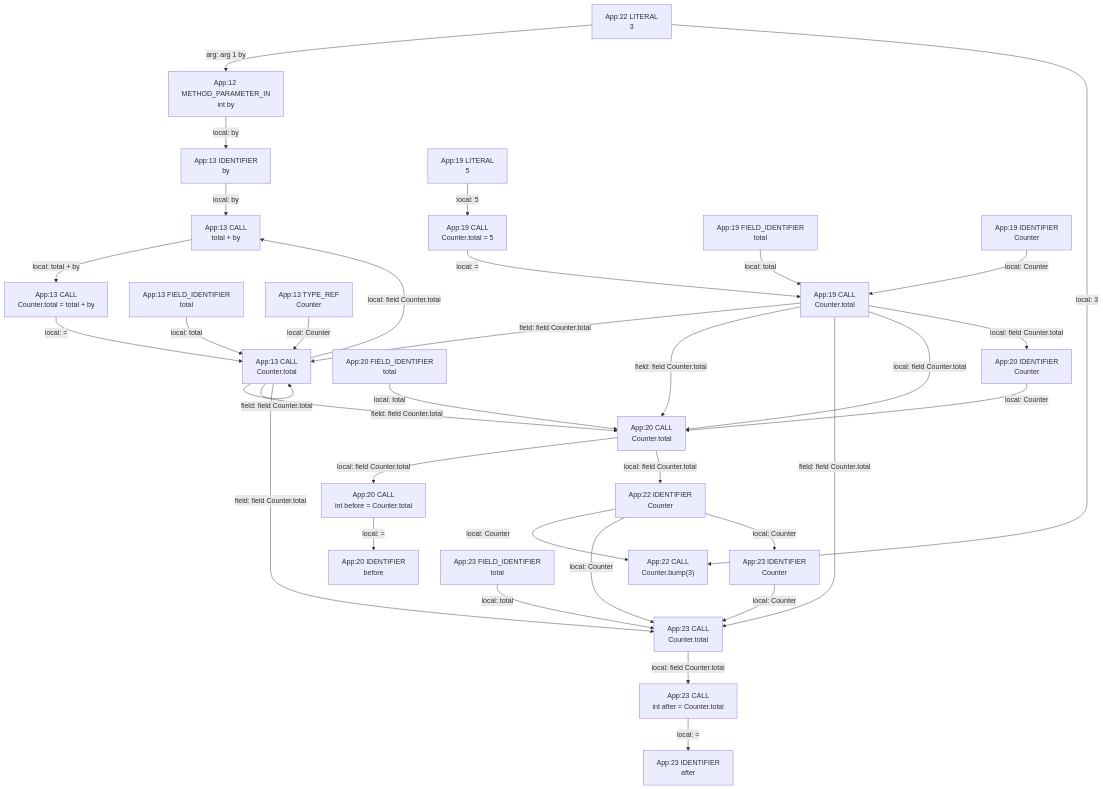
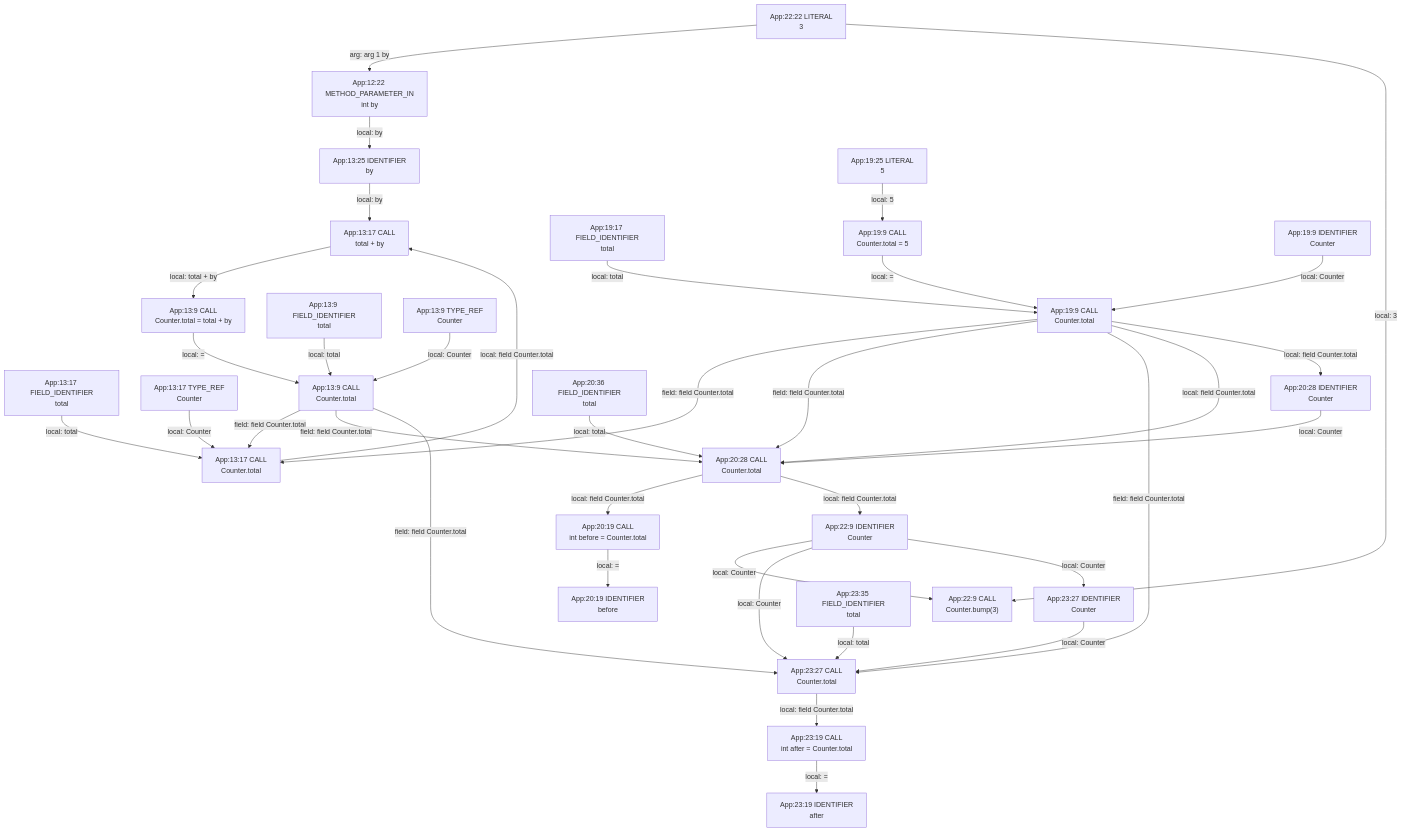
The diagram in app/src/test/resources/staticField/spike-truth.md (gstiebler/codeflow), drawn with Mermaid before and after one commit. The commit also changed 154 other files, not shown here.

````diff
--- a/app/src/test/resources/staticField/spike-truth.md
+++ b/app/src/test/resources/staticField/spike-truth.md
@@ -3,61 +3,66 @@
 ```mermaid
 flowchart TD
-  n0["App:12 METHOD_PARAMETER_IN<br/>int by"]
-  n1["App:13 CALL<br/>Counter.total"]
-  n2["App:13 CALL<br/>Counter.total = total + by"]
-  n3["App:13 CALL<br/>total + by"]
-  n4["App:13 FIELD_IDENTIFIER<br/>total"]
-  n5["App:13 IDENTIFIER<br/>by"]
-  n6["App:13 TYPE_REF<br/>Counter"]
-  n7["App:19 CALL<br/>Counter.total"]
-  n8["App:19 CALL<br/>Counter.total = 5"]
-  n9["App:19 FIELD_IDENTIFIER<br/>total"]
-  n10["App:19 IDENTIFIER<br/>Counter"]
-  n11["App:19 LITERAL<br/>5"]
-  n12["App:20 CALL<br/>Counter.total"]
-  n13["App:20 CALL<br/>int before = Counter.total"]
-  n14["App:20 FIELD_IDENTIFIER<br/>total"]
-  n15["App:20 IDENTIFIER<br/>Counter"]
-  n16["App:20 IDENTIFIER<br/>before"]
-  n17["App:22 CALL<br/>Counter.bump(3)"]
-  n18["App:22 IDENTIFIER<br/>Counter"]
-  n19["App:22 LITERAL<br/>3"]
-  n20["App:23 CALL<br/>Counter.total"]
-  n21["App:23 CALL<br/>int after = Counter.total"]
-  n22["App:23 FIELD_IDENTIFIER<br/>total"]
-  n23["App:23 IDENTIFIER<br/>Counter"]
-  n24["App:23 IDENTIFIER<br/>after"]
+  n0["App:12:22 METHOD_PARAMETER_IN<br/>int by"]
+  n1["App:13:17 CALL<br/>Counter.total"]
+  n2["App:13:17 CALL<br/>total + by"]
+  n3["App:13:17 FIELD_IDENTIFIER<br/>total"]
+  n4["App:13:17 TYPE_REF<br/>Counter"]
+  n5["App:13:25 IDENTIFIER<br/>by"]
+  n6["App:13:9 CALL<br/>Counter.total"]
+  n7["App:13:9 CALL<br/>Counter.total = total + by"]
+  n8["App:13:9 FIELD_IDENTIFIER<br/>total"]
+  n9["App:13:9 TYPE_REF<br/>Counter"]
+  n10["App:19:17 FIELD_IDENTIFIER<br/>total"]
+  n11["App:19:25 LITERAL<br/>5"]
+  n12["App:19:9 CALL<br/>Counter.total"]
+  n13["App:19:9 CALL<br/>Counter.total = 5"]
+  n14["App:19:9 IDENTIFIER<br/>Counter"]
+  n15["App:20:19 CALL<br/>int before = Counter.total"]
+  n16["App:20:19 IDENTIFIER<br/>before"]
+  n17["App:20:28 CALL<br/>Counter.total"]
+  n18["App:20:28 IDENTIFIER<br/>Counter"]
+  n19["App:20:36 FIELD_IDENTIFIER<br/>total"]
+  n20["App:22:22 LITERAL<br/>3"]
+  n21["App:22:9 CALL<br/>Counter.bump(3)"]
+  n22["App:22:9 IDENTIFIER<br/>Counter"]
+  n23["App:23:19 CALL<br/>int after = Counter.total"]
+  n24["App:23:19 IDENTIFIER<br/>after"]
+  n25["App:23:27 CALL<br/>Counter.total"]
+  n26["App:23:27 IDENTIFIER<br/>Counter"]
+  n27["App:23:35 FIELD_IDENTIFIER<br/>total"]
   n0 -->|"local: by"| n5
-  n1 -->|"field: field Counter.total"| n1
-  n1 -->|"field: field Counter.total"| n12
-  n1 -->|"field: field Counter.total"| n20
-  n1 -->|"local: field Counter.total"| n3
-  n10 -->|"local: Counter"| n7
-  n11 -->|"local: 5"| n8
-  n12 -->|"local: field Counter.total"| n13
+  n1 -->|"local: field Counter.total"| n2
+  n10 -->|"local: total"| n12
+  n11 -->|"local: 5"| n13
+  n12 -->|"field: field Counter.total"| n1
+  n12 -->|"field: field Counter.total"| n17
+  n12 -->|"field: field Counter.total"| n25
+  n12 -->|"local: field Counter.total"| n17
   n12 -->|"local: field Counter.total"| n18
-  n13 -->|"local: ="| n16
-  n14 -->|"local: total"| n12
-  n15 -->|"local: Counter"| n12
+  n13 -->|"local: ="| n12
+  n14 -->|"local: Counter"| n12
+  n15 -->|"local: ="| n16
+  n17 -->|"local: field Counter.total"| n15
+  n17 -->|"local: field Counter.total"| n22
   n18 -->|"local: Counter"| n17
-  n18 -->|"local: Counter"| n20
-  n18 -->|"local: Counter"| n23
-  n19 -->|"arg: arg 1 by"| n0
-  n19 -->|"local: 3"| n17
-  n2 -->|"local: ="| n1
-  n20 -->|"local: field Counter.total"| n21
-  n21 -->|"local: ="| n24
-  n22 -->|"local: total"| n20
-  n23 -->|"local: Counter"| n20
-  n3 -->|"local: total + by"| n2
-  n4 -->|"local: total"| n1
-  n5 -->|"local: by"| n3
-  n6 -->|"local: Counter"| n1
-  n7 -->|"field: field Counter.total"| n1
-  n7 -->|"field: field Counter.total"| n12
-  n7 -->|"field: field Counter.total"| n20
-  n7 -->|"local: field Counter.total"| n12
-  n7 -->|"local: field Counter.total"| n15
-  n8 -->|"local: ="| n7
-  n9 -->|"local: total"| n7
+  n19 -->|"local: total"| n17
+  n2 -->|"local: total + by"| n7
+  n20 -->|"arg: arg 1 by"| n0
+  n20 -->|"local: 3"| n21
+  n22 -->|"local: Counter"| n21
+  n22 -->|"local: Counter"| n25
+  n22 -->|"local: Counter"| n26
+  n23 -->|"local: ="| n24
+  n25 -->|"local: field Counter.total"| n23
+  n26 -->|"local: Counter"| n25
+  n27 -->|"local: total"| n25
+  n3 -->|"local: total"| n1
+  n4 -->|"local: Counter"| n1
+  n5 -->|"local: by"| n2
+  n6 -->|"field: field Counter.total"| n1
+  n6 -->|"field: field Counter.total"| n17
+  n6 -->|"field: field Counter.total"| n25
+  n7 -->|"local: ="| n6
+  n8 -->|"local: total"| n6
+  n9 -->|"local: Counter"| n6
 ```
````
